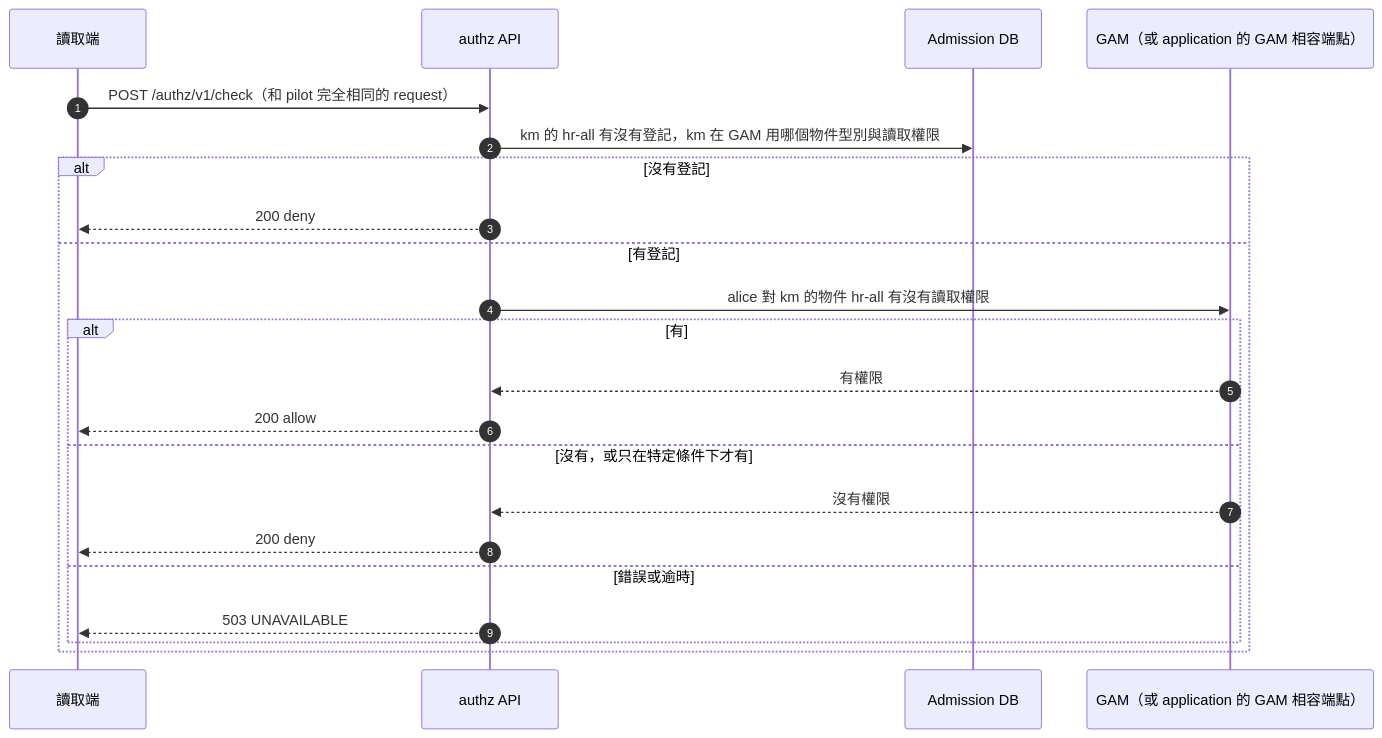
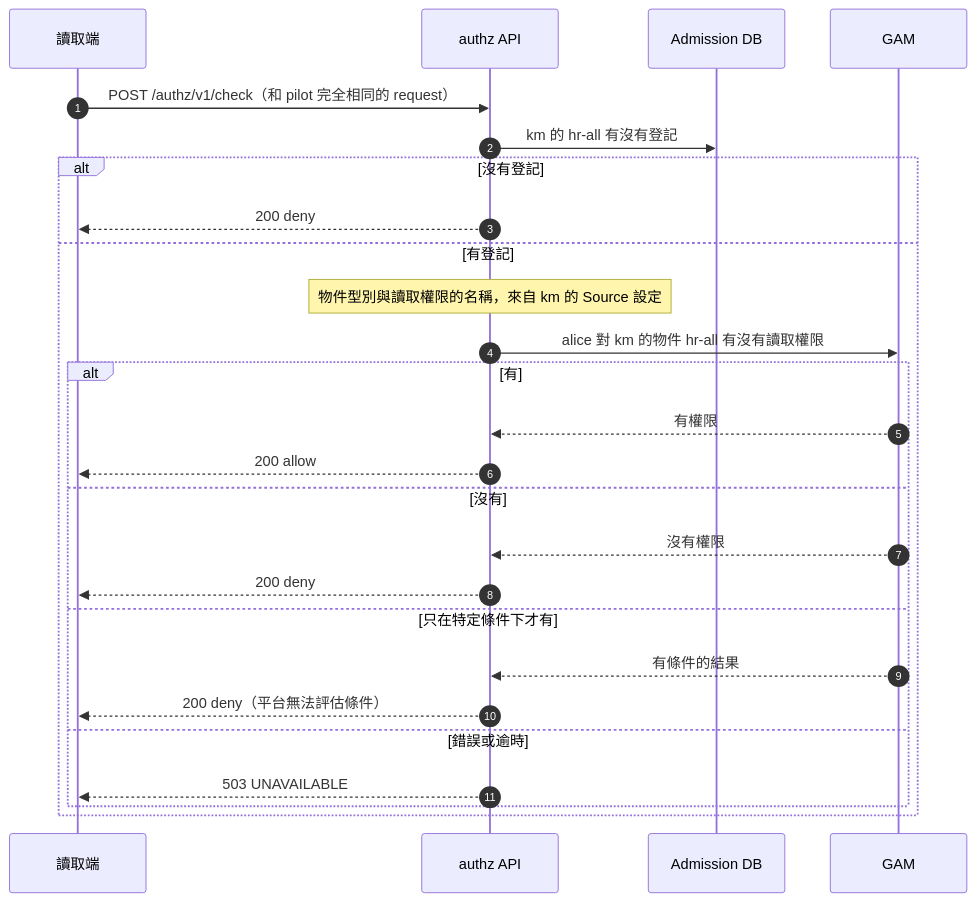
The sixth of 6 diagrams in docs/design/knowledge-platform-authorization-guide.md (davidlinnnn/data-ingestion), drawn with Mermaid before and after one commit. The commit also changed other lines of this file and 4 other files, not shown here.

````diff
--- a/docs/design/knowledge-platform-authorization-guide.md
+++ b/docs/design/knowledge-platform-authorization-guide.md
@@ -336,24 +375,28 @@
 ```mermaid
 sequenceDiagram
   autonumber
   participant R as 讀取端
   participant Z as authz API
   participant DB as Admission DB
-  participant G as GAM（或 application 的 GAM 相容端點）
+  participant G as GAM
   R->>Z: POST /authz/v1/check（和 pilot 完全相同的 request）
-  Z->>DB: km 的 hr-all 有沒有登記，km 在 GAM 用哪個物件型別與讀取權限
+  Z->>DB: km 的 hr-all 有沒有登記
   alt 沒有登記
     Z-->>R: 200 deny
   else 有登記
+    Note over Z: 物件型別與讀取權限的名稱，來自 km 的 Source 設定
     Z->>G: alice 對 km 的物件 hr-all 有沒有讀取權限
     alt 有
       G-->>Z: 有權限
       Z-->>R: 200 allow
-    else 沒有，或只在特定條件下才有
+    else 沒有
       G-->>Z: 沒有權限
       Z-->>R: 200 deny
+    else 只在特定條件下才有
+      G-->>Z: 有條件的結果
+      Z-->>R: 200 deny（平台無法評估條件）
     else 錯誤或逾時
       Z-->>R: 503 UNAVAILABLE
     end
   end
 ```
````
